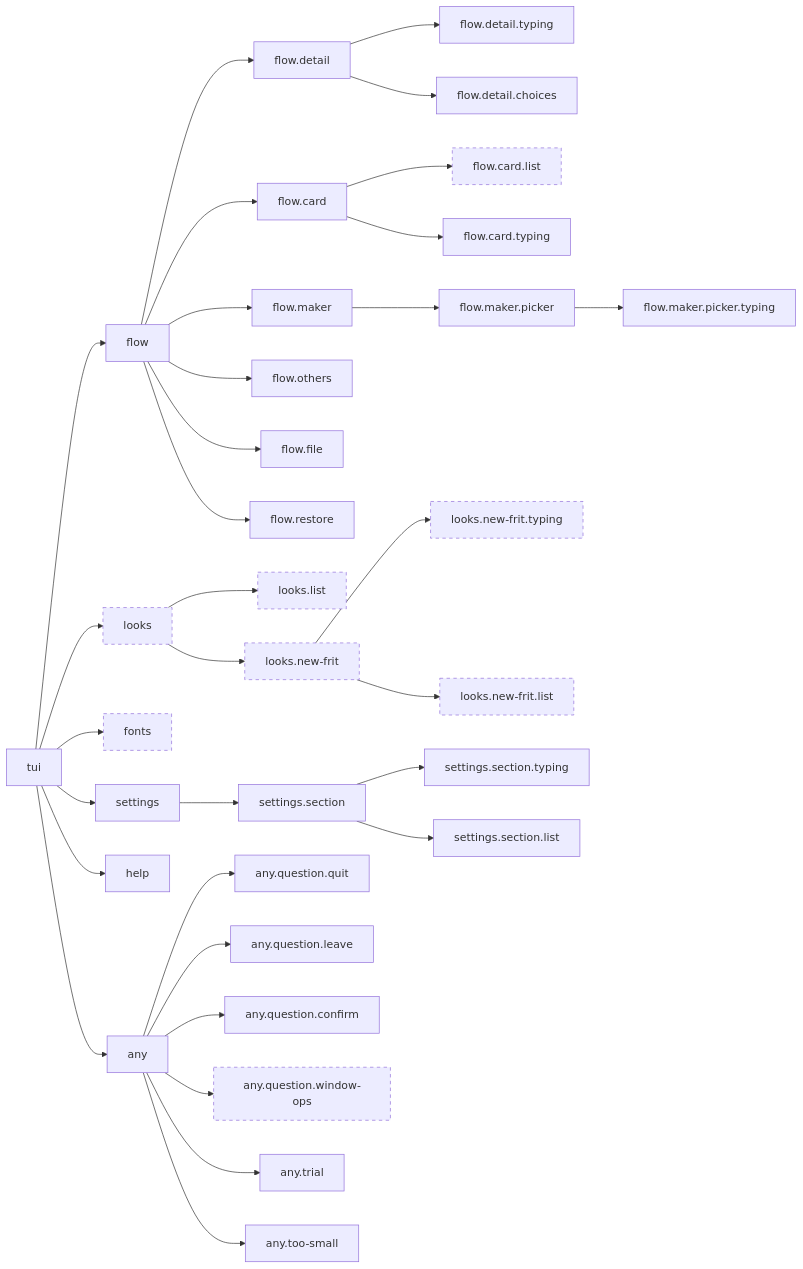
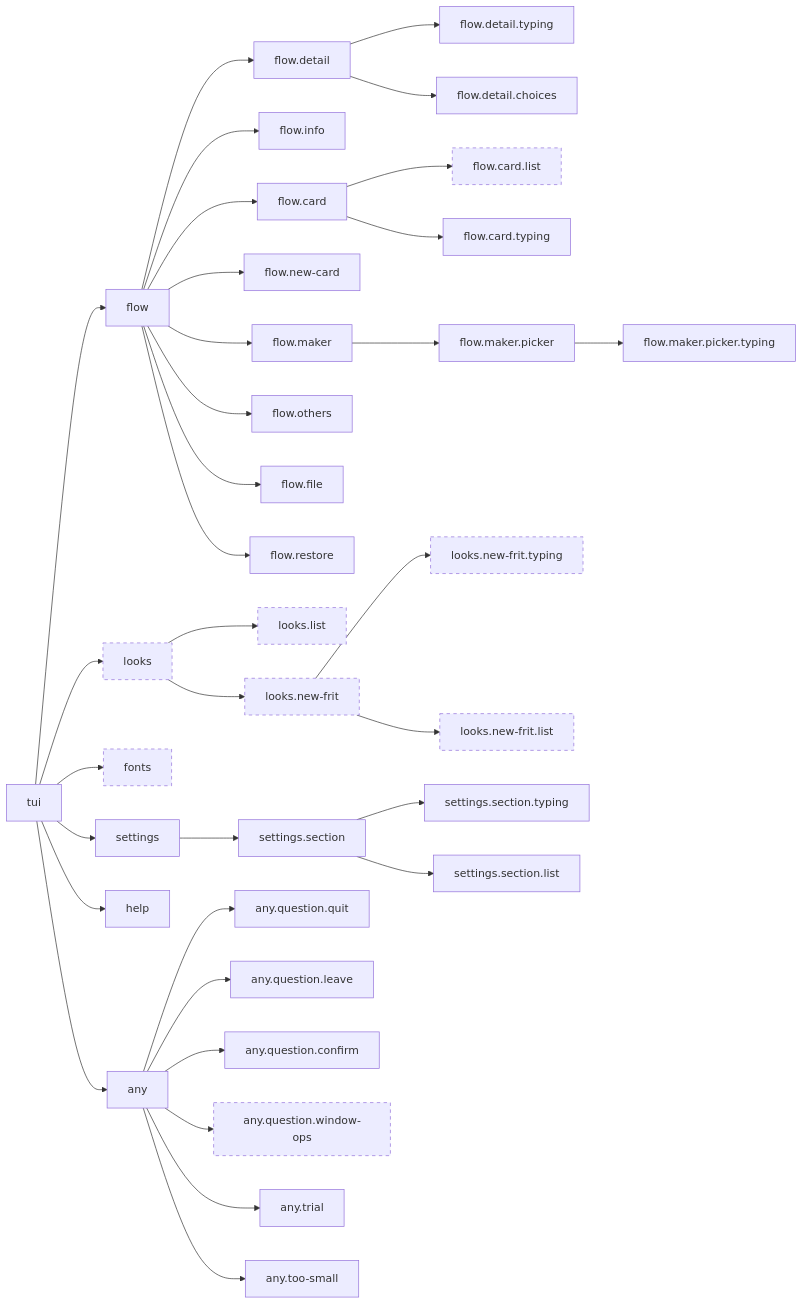
Before and after one commit to vtium/vtium: the diagram in docs/reference/vtium-config-keys.md, drawn with Mermaid. The commit also changed other lines of this file and 17 other files, not shown here.

````diff
--- a/docs/reference/vtium-config-keys.md
+++ b/docs/reference/vtium-config-keys.md
@@ -9,68 +9,72 @@
 ```mermaid
 flowchart LR
     tui["tui"]
     flow["flow"]
     flow_detail["flow.detail"]
     flow_detail_typing["flow.detail.typing"]
     flow_detail_choices["flow.detail.choices"]
+    flow_info["flow.info"]
     flow_card["flow.card"]
     flow_card_list["flow.card.list"]
     flow_card_typing["flow.card.typing"]
+    flow_new_card["flow.new-card"]
     flow_maker["flow.maker"]
     flow_maker_picker["flow.maker.picker"]
     flow_maker_picker_typing["flow.maker.picker.typing"]
     flow_others["flow.others"]
     flow_file["flow.file"]
     flow_restore["flow.restore"]
     looks["looks"]
     looks_list["looks.list"]
     looks_new_frit["looks.new-frit"]
     looks_new_frit_typing["looks.new-frit.typing"]
     looks_new_frit_list["looks.new-frit.list"]
     fonts["fonts"]
     settings["settings"]
     settings_section["settings.section"]
     settings_section_typing["settings.section.typing"]
     settings_section_list["settings.section.list"]
     help["help"]
     any["any"]
     any_question_quit["any.question.quit"]
     any_question_leave["any.question.leave"]
     any_question_confirm["any.question.confirm"]
     any_question_window_ops["any.question.window-ops"]
     any_trial["any.trial"]
     any_too_small["any.too-small"]
     tui --> flow
     flow --> flow_detail
     flow_detail --> flow_detail_typing
     flow_detail --> flow_detail_choices
+    flow --> flow_info
     flow --> flow_card
     flow_card --> flow_card_list
     flow_card --> flow_card_typing
+    flow --> flow_new_card
     flow --> flow_maker
     flow_maker --> flow_maker_picker
     flow_maker_picker --> flow_maker_picker_typing
     flow --> flow_others
     flow --> flow_file
     flow --> flow_restore
     tui --> looks
     looks --> looks_list
     looks --> looks_new_frit
     looks_new_frit --> looks_new_frit_typing
     looks_new_frit --> looks_new_frit_list
     tui --> fonts
     tui --> settings
     settings --> settings_section
     settings_section --> settings_section_typing
     settings_section --> settings_section_list
     tui --> help
     tui --> any
     any --> any_question_quit
     any --> any_question_leave
     any --> any_question_confirm
     any --> any_question_window_ops
     any --> any_trial
     any --> any_too_small
     classDef planned stroke-dasharray: 5 5
     class flow_card_list,looks,looks_list,looks_new_frit,looks_new_frit_typing,looks_new_frit_list,fonts,any_question_window_ops planned
 ```
````
